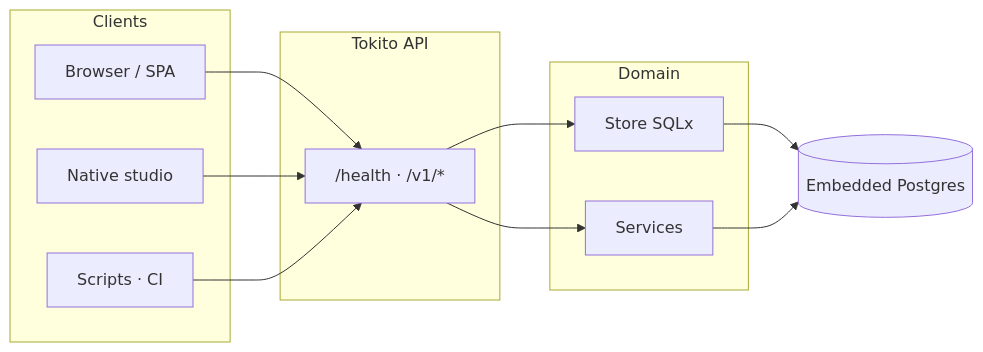
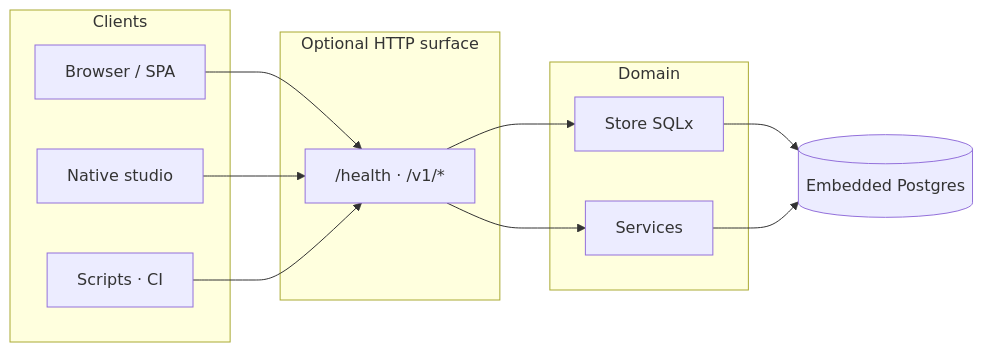
One commit to Afnanksalal/tokito changed the first of 4 diagrams in docs/API.md. Above: the diagram before and after it, drawn with Mermaid. The commit also changed other lines of this file and 19 other files, not shown here.

````diff
--- a/docs/API.md
+++ b/docs/API.md
@@ -7,23 +9,23 @@
 ```mermaid
 flowchart LR
   subgraph clients[Clients]
     WEB[Browser / SPA]
     NAT[Native studio]
     SCR[Scripts · CI]
   end
-  subgraph api[Tokito API]
+  subgraph api[Optional HTTP surface]
     AX["/health · /v1/*"]
   end
   subgraph core[Domain]
     ST[Store SQLx]
     SV[Services]
   end
   DB[(Embedded Postgres)]
   WEB --> AX
   NAT --> AX
   SCR --> AX
   AX --> ST
   AX --> SV
   ST --> DB
   SV --> DB
 ```
````
